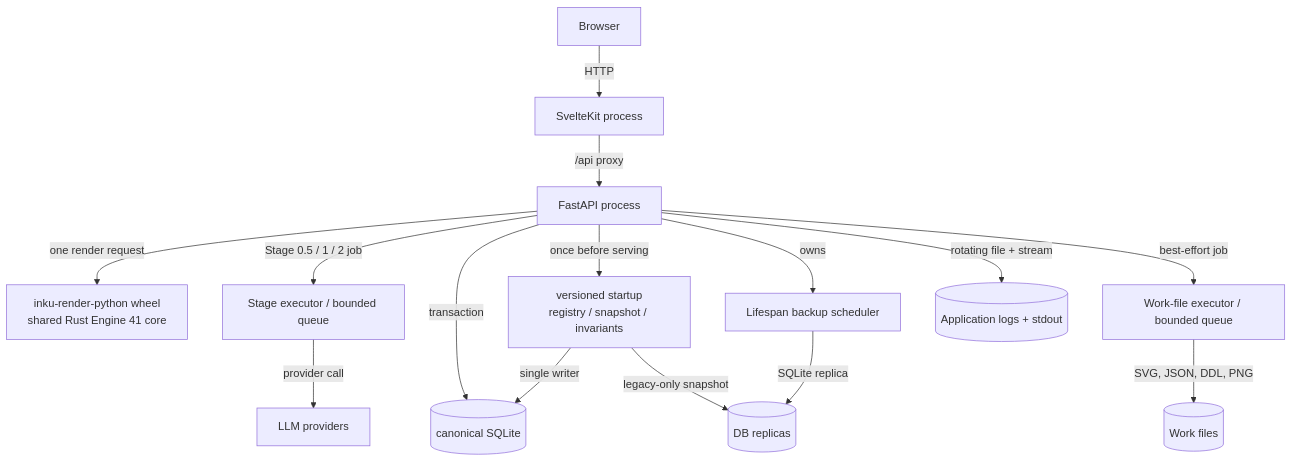
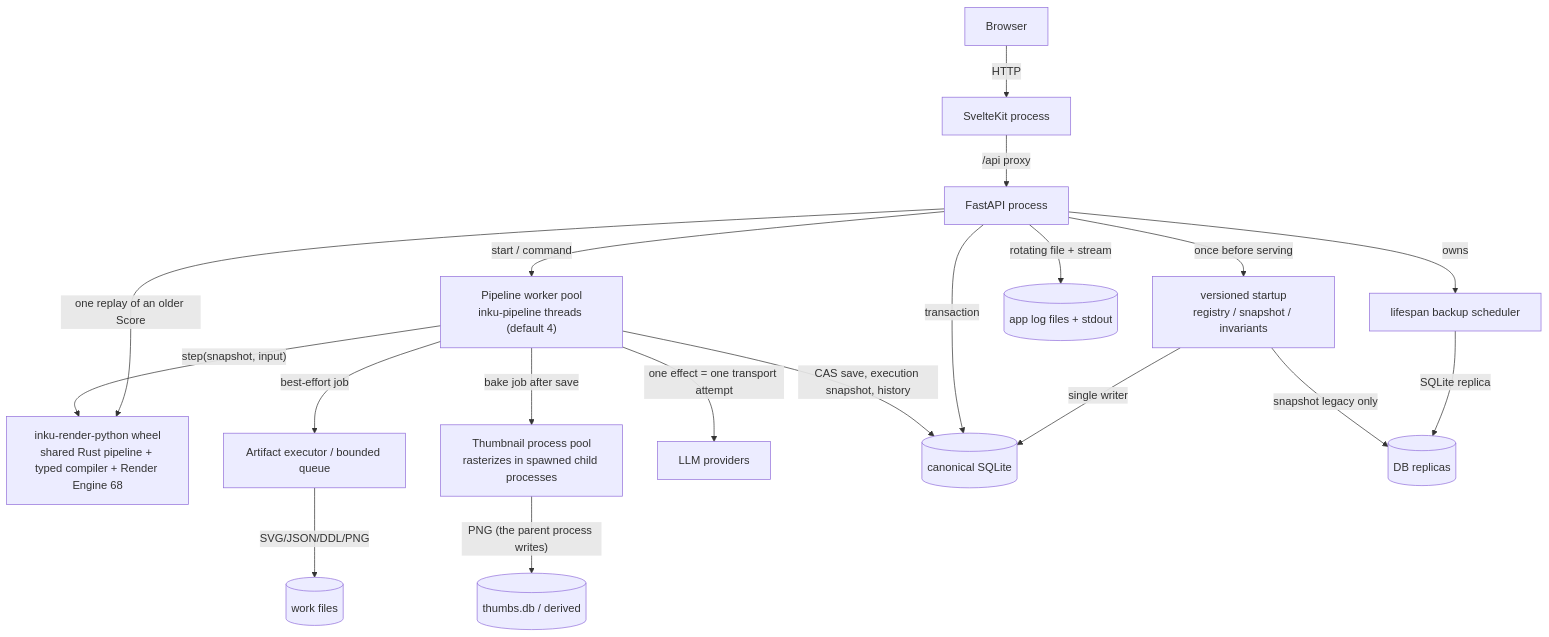
The first of 2 diagrams in docs/architecture/runtime-containers.md (oikawas/inku-lang), drawn with Mermaid before and after one commit. The commit also changed other lines of this file and 27 other files, not shown here.

First line of the commit message:
Update architecture documents for the shared Rust pipeline

````diff
--- a/docs/architecture/runtime-containers.md
+++ b/docs/architecture/runtime-containers.md
@@ -7,31 +7,37 @@
 ```mermaid
 flowchart TB
     BROWSER["Browser"]
     WEB_PROC["SvelteKit process"]
     API_PROC["FastAPI process"]
-    NATIVE_RENDER["inku-render-python wheel\nshared Rust Engine 41 core"]
-    STAGE_POOL["Stage executor / bounded queue"]
-    SAVE_POOL["Work-file executor / bounded queue"]
-    BACKUP_TASK["Lifespan backup scheduler"]
+    PIPE_POOL["Pipeline worker pool\ninku-pipeline threads (default 4)"]
+    NATIVE["inku-render-python wheel\nshared Rust pipeline + typed compiler + Render Engine 68"]
+    SAVE_POOL["Artifact executor / bounded queue"]
+    THUMB_POOL["Thumbnail process pool\nrasterizes in spawned child processes"]
+    BACKUP_TASK["lifespan backup scheduler"]
     MIGRATION["versioned startup\nregistry / snapshot / invariants"]
     PROVIDERS["LLM providers"]
     DB[("canonical SQLite")]
-    OUTPUTS[("Work files")]
+    THUMBS[("thumbs.db / derived")]
+    OUTPUTS[("work files")]
     BACKUPS[("DB replicas")]
-    LOGS[("Application logs + stdout")]
+    LOGS[("app log files + stdout")]
 
     BROWSER -->|"HTTP"| WEB_PROC
     WEB_PROC -->|"/api proxy"| API_PROC
-    API_PROC -->|"one render request"| NATIVE_RENDER
-    API_PROC -->|"Stage 0.5 / 1 / 2 job"| STAGE_POOL
-    STAGE_POOL -->|"provider call"| PROVIDERS
+    API_PROC -->|"start / command"| PIPE_POOL
+    PIPE_POOL -->|"step(snapshot, input)"| NATIVE
+    PIPE_POOL -->|"one effect = one transport attempt"| PROVIDERS
+    PIPE_POOL -->|"CAS save, execution snapshot, history"| DB
+    API_PROC -->|"one replay of an older Score"| NATIVE
     API_PROC -->|"transaction"| DB
     API_PROC -->|"once before serving"| MIGRATION
     MIGRATION -->|"single writer"| DB
-    MIGRATION -->|"legacy-only snapshot"| BACKUPS
-    API_PROC -->|"best-effort job"| SAVE_POOL
-    SAVE_POOL -->|"SVG, JSON, DDL, PNG"| OUTPUTS
+    MIGRATION -->|"snapshot legacy only"| BACKUPS
+    PIPE_POOL -->|"best-effort job"| SAVE_POOL
+    SAVE_POOL -->|"SVG/JSON/DDL/PNG"| OUTPUTS
+    PIPE_POOL -->|"bake job after save"| THUMB_POOL
+    THUMB_POOL -->|"PNG (the parent process writes)"| THUMBS
     API_PROC -->|"owns"| BACKUP_TASK
     BACKUP_TASK -->|"SQLite replica"| BACKUPS
     API_PROC -->|"rotating file + stream"| LOGS
 ```
````
